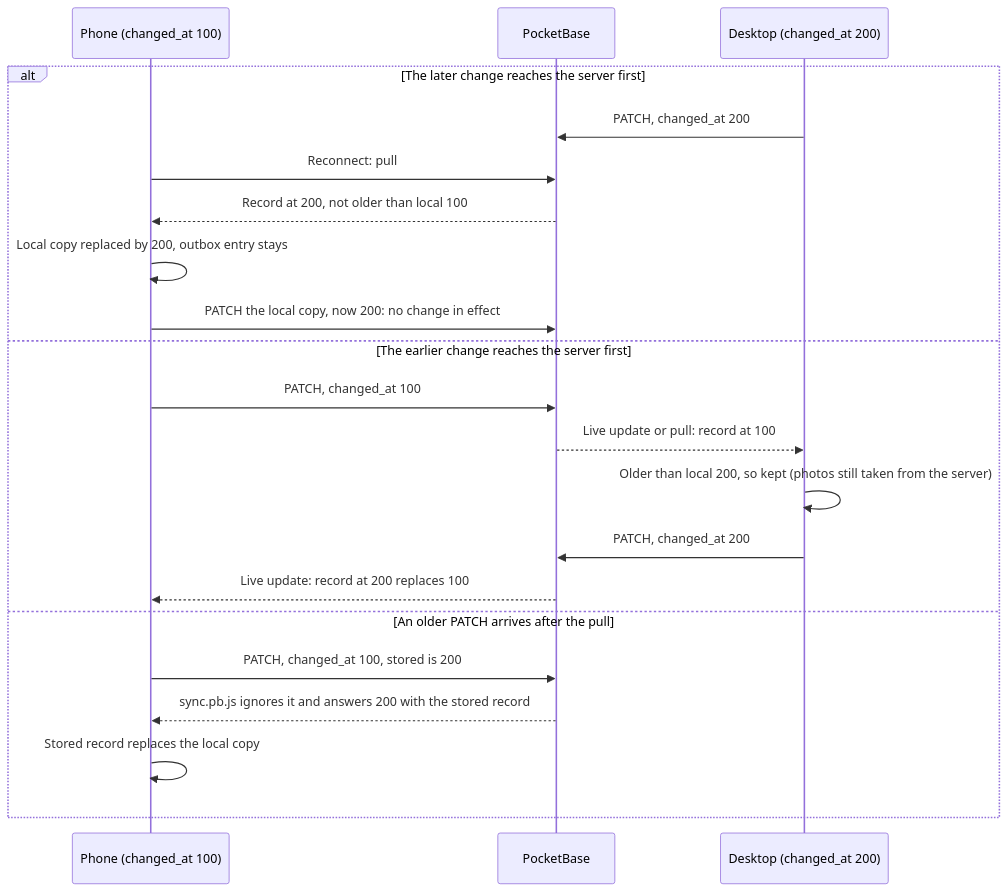
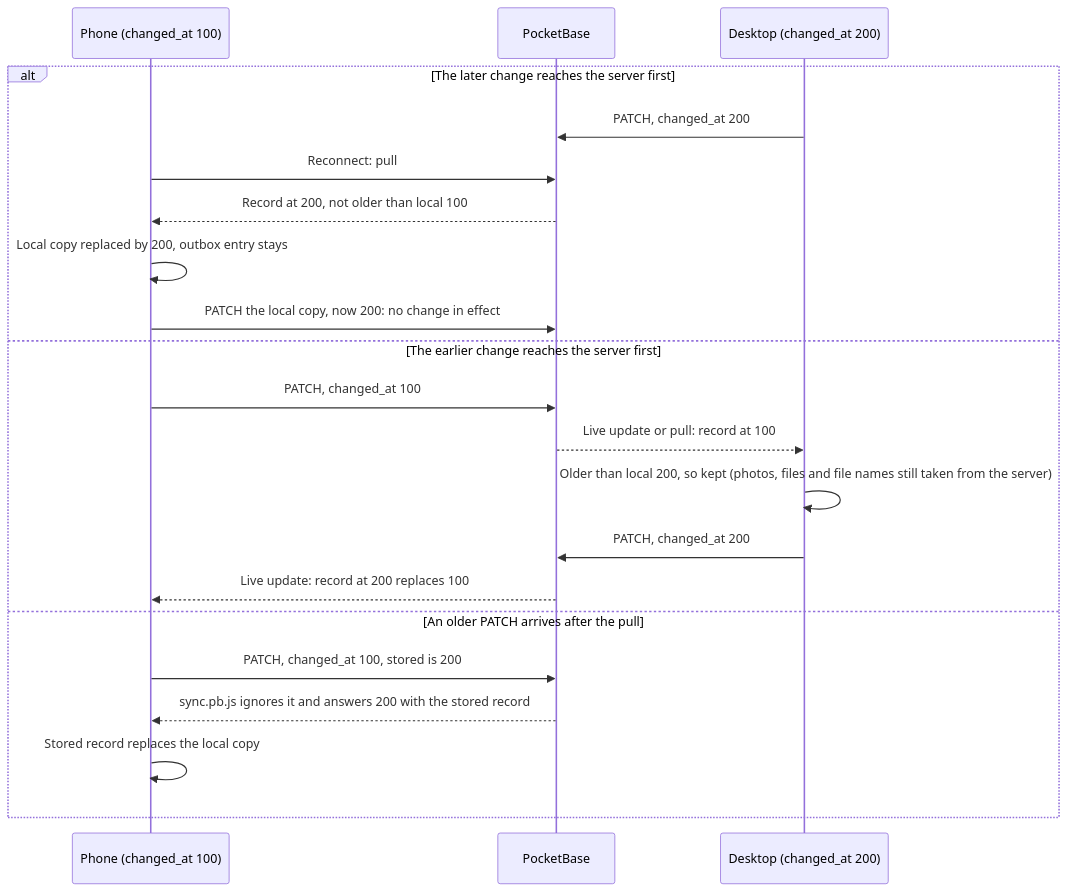
The diagram in docs/diagrams/05b-sync-conflict.md (valde222/life_app), drawn with Mermaid before and after one commit. The commit also changed 6 other files, not shown here.

````diff
--- a/docs/diagrams/05b-sync-conflict.md
+++ b/docs/diagrams/05b-sync-conflict.md
@@ -5,24 +5,24 @@
 ```mermaid
 sequenceDiagram
   participant A as Phone (changed_at 100)
   participant PB as PocketBase
   participant B as Desktop (changed_at 200)
 
   alt The later change reaches the server first
     B->>PB: PATCH, changed_at 200
     A->>PB: Reconnect: pull
     PB-->>A: Record at 200, not older than local 100
     A->>A: Local copy replaced by 200, outbox entry stays
     A->>PB: PATCH the local copy, now 200: no change in effect
   else The earlier change reaches the server first
     A->>PB: PATCH, changed_at 100
     PB-->>B: Live update or pull: record at 100
-    B->>B: Older than local 200, so kept (photos still taken from the server)
+    B->>B: Older than local 200, so kept (photos, files and file names still taken from the server)
     B->>PB: PATCH, changed_at 200
     PB-->>A: Live update: record at 200 replaces 100
   else An older PATCH arrives after the pull
     A->>PB: PATCH, changed_at 100, stored is 200
     PB-->>A: sync.pb.js ignores it and answers 200 with the stored record
     A->>A: Stored record replaces the local copy
   end
 ```
````
